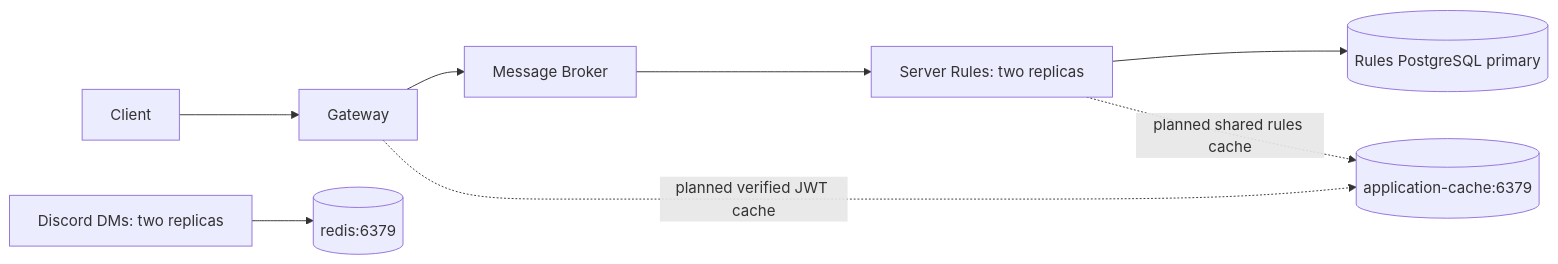
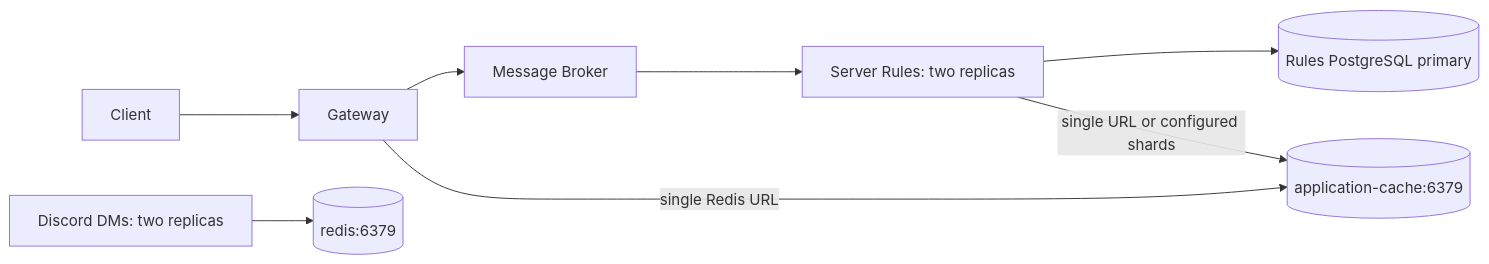
The diagram in docs/lab5-cache.md (AnastasiaT18/pad-team-17-student-id-please), drawn with Mermaid before and after one commit. The commit also changed other lines of this file and 4 other files, not shown here.

````diff
--- a/docs/lab5-cache.md
+++ b/docs/lab5-cache.md
@@ -9,10 +9,10 @@
 ```mermaid
 flowchart LR
     Client --> Gateway
     Gateway --> Broker[Message Broker]
     Broker --> Rules[Server Rules: two replicas]
     Rules --> DB[(Rules PostgreSQL primary)]
-    Gateway -. planned verified JWT cache .-> Cache[(application-cache:6379)]
-    Rules -. planned shared rules cache .-> Cache
+    Gateway -->|single Redis URL| Cache[(application-cache:6379)]
+    Rules -->|single URL or configured shards| Cache
     Discord[Discord DMs: two replicas] --> Redis[(redis:6379)]
 ```
````
